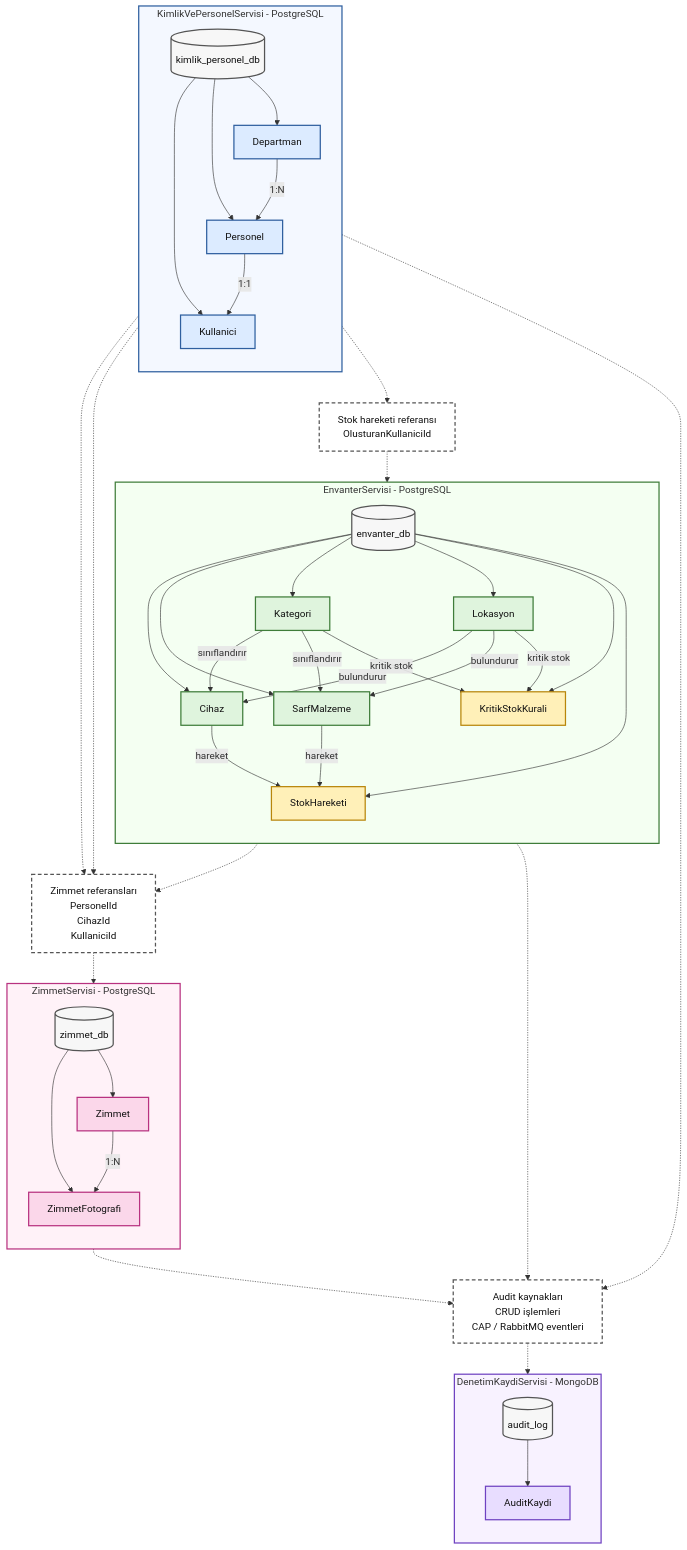
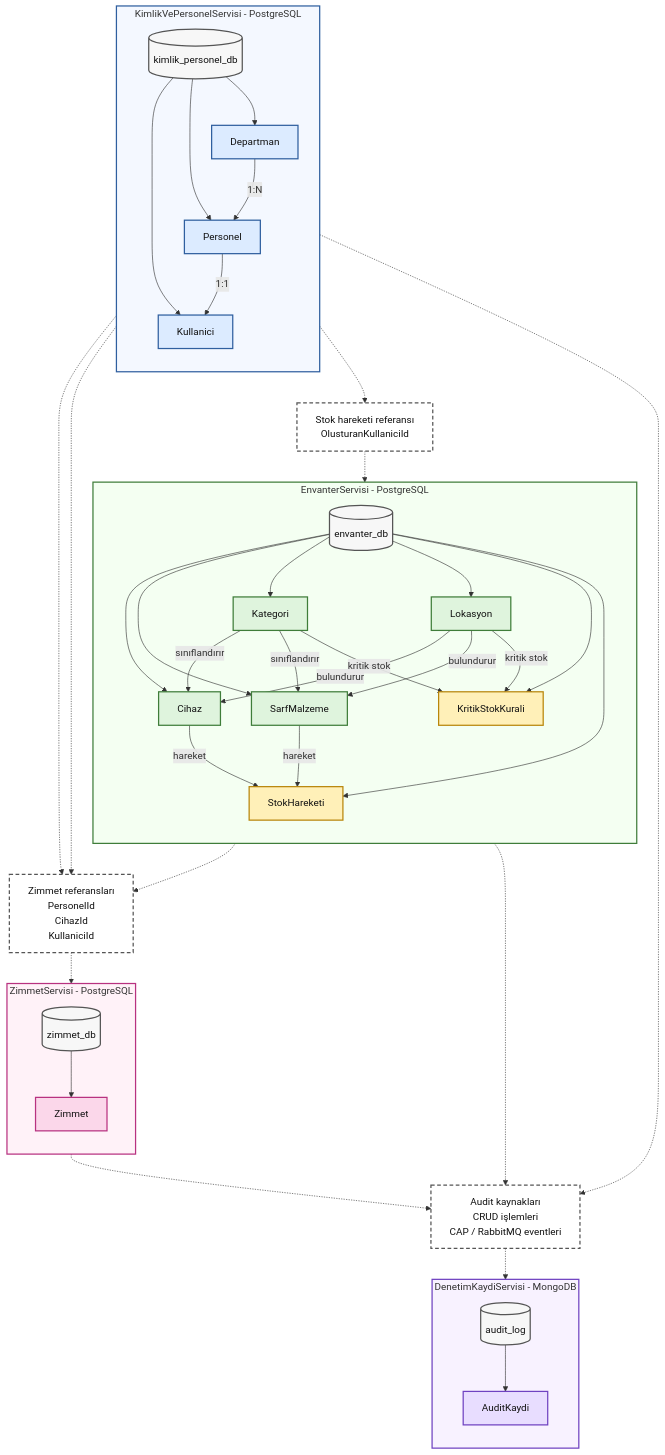
Before and after one commit to fatihdmrc/ITEnvanterTakibiMikroservisProjesi: the diagram in dokümanlar/diyagram kodları/Veri Modeli/veri-modeli-servis-bazli.mmd, drawn with Mermaid. The commit also changed 80 other files, not shown here.

```diff
--- a/dokümanlar/diyagram kodları/Veri Modeli/veri-modeli-servis-bazli.mmd
+++ b/dokümanlar/diyagram kodları/Veri Modeli/veri-modeli-servis-bazli.mmd
@@ -1,103 +1,100 @@
 flowchart TB
     %% Servis bazlı sade veri modeli
     %% Bu diyagram servis sınırlarını okunabilir göstermek içindir.
     %% Detaylı tablo alanları ve tüm ilişkiler için veri-modeli-er.mmd kullanılmalıdır.
 
     subgraph KPS["KimlikVePersonelServisi - PostgreSQL"]
         direction TB
         KPS_DB[(kimlik_personel_db)]
         KULLANICI["Kullanici"]
         PERSONEL["Personel"]
         DEPARTMAN["Departman"]
 
         KPS_DB --> KULLANICI
         KPS_DB --> PERSONEL
         KPS_DB --> DEPARTMAN
         DEPARTMAN -->|"1:N"| PERSONEL
         PERSONEL -->|"1:1"| KULLANICI
     end
 
     subgraph ES["EnvanterServisi - PostgreSQL"]
         direction TB
         ES_DB[(envanter_db)]
         CIHAZ["Cihaz"]
         SARF["SarfMalzeme"]
         KATEGORI["Kategori"]
         LOKASYON["Lokasyon"]
         KRITIK["KritikStokKurali"]
         STOK["StokHareketi"]
 
         ES_DB --> CIHAZ
         ES_DB --> SARF
         ES_DB --> KATEGORI
         ES_DB --> LOKASYON
         ES_DB --> KRITIK
         ES_DB --> STOK
         KATEGORI -->|"sınıflandırır"| CIHAZ
         KATEGORI -->|"sınıflandırır"| SARF
         LOKASYON -->|"bulundurur"| CIHAZ
         LOKASYON -->|"bulundurur"| SARF
         KATEGORI -->|"kritik stok"| KRITIK
         LOKASYON -->|"kritik stok"| KRITIK
         CIHAZ -->|"hareket"| STOK
         SARF -->|"hareket"| STOK
     end
 
     subgraph ZS["ZimmetServisi - PostgreSQL"]
         direction TB
         ZS_DB[(zimmet_db)]
         ZIMMET["Zimmet"]
-        FOTO["ZimmetFotografi"]
 
         ZS_DB --> ZIMMET
-        ZS_DB --> FOTO
-        ZIMMET -->|"1:N"| FOTO
     end
 
     subgraph DKS["DenetimKaydiServisi - MongoDB"]
         direction TB
         MONGO[(audit_log)]
         AUDIT["AuditKaydi"]
 
         MONGO --> AUDIT
     end
 
     %% Servisler arası referans özeti
     REF_ZIMMET["Zimmet referansları<br/>PersonelId<br/>CihazId<br/>KullaniciId"]
     REF_STOK["Stok hareketi referansı<br/>OlusturanKullaniciId"]
     REF_AUDIT["Audit kaynakları<br/>CRUD işlemleri<br/>CAP / RabbitMQ eventleri"]
 
     PERSONEL -.-> REF_ZIMMET
     CIHAZ -.-> REF_ZIMMET
     KULLANICI -.-> REF_ZIMMET
     REF_ZIMMET -.-> ZIMMET
 
     KULLANICI -.-> REF_STOK
     REF_STOK -.-> STOK
 
     KPS_DB -.-> REF_AUDIT
     ES_DB -.-> REF_AUDIT
     ZS_DB -.-> REF_AUDIT
     REF_AUDIT -.-> AUDIT
 
     %% Renkler
     classDef identity fill:#DCEBFF,stroke:#2F5F9F,stroke-width:2px,color:#111;
     classDef inventory fill:#DFF4DD,stroke:#3F7D3A,stroke-width:2px,color:#111;
     classDef stock fill:#FFF0B8,stroke:#B8860B,stroke-width:2px,color:#111;
     classDef assignment fill:#FBD7EA,stroke:#B83280,stroke-width:2px,color:#111;
     classDef audit fill:#E8DDFF,stroke:#6F42C1,stroke-width:2px,color:#111;
     classDef ref fill:#FFFFFF,stroke:#555,stroke-width:2px,stroke-dasharray: 6 4,color:#111;
     classDef db fill:#F7F7F7,stroke:#555,stroke-width:2px,color:#111;
 
     class KULLANICI,PERSONEL,DEPARTMAN identity;
     class CIHAZ,SARF,KATEGORI,LOKASYON inventory;
     class KRITIK,STOK stock;
-    class ZIMMET,FOTO assignment;
+    class ZIMMET assignment;
     class AUDIT audit;
     class REF_ZIMMET,REF_STOK,REF_AUDIT ref;
     class KPS_DB,ES_DB,ZS_DB,MONGO db;
 
     style KPS fill:#F4F8FF,stroke:#2F5F9F,stroke-width:2px
     style ES fill:#F4FFF2,stroke:#3F7D3A,stroke-width:2px
     style ZS fill:#FFF2F8,stroke:#B83280,stroke-width:2px
     style DKS fill:#F8F2FF,stroke:#6F42C1,stroke-width:2px
```
